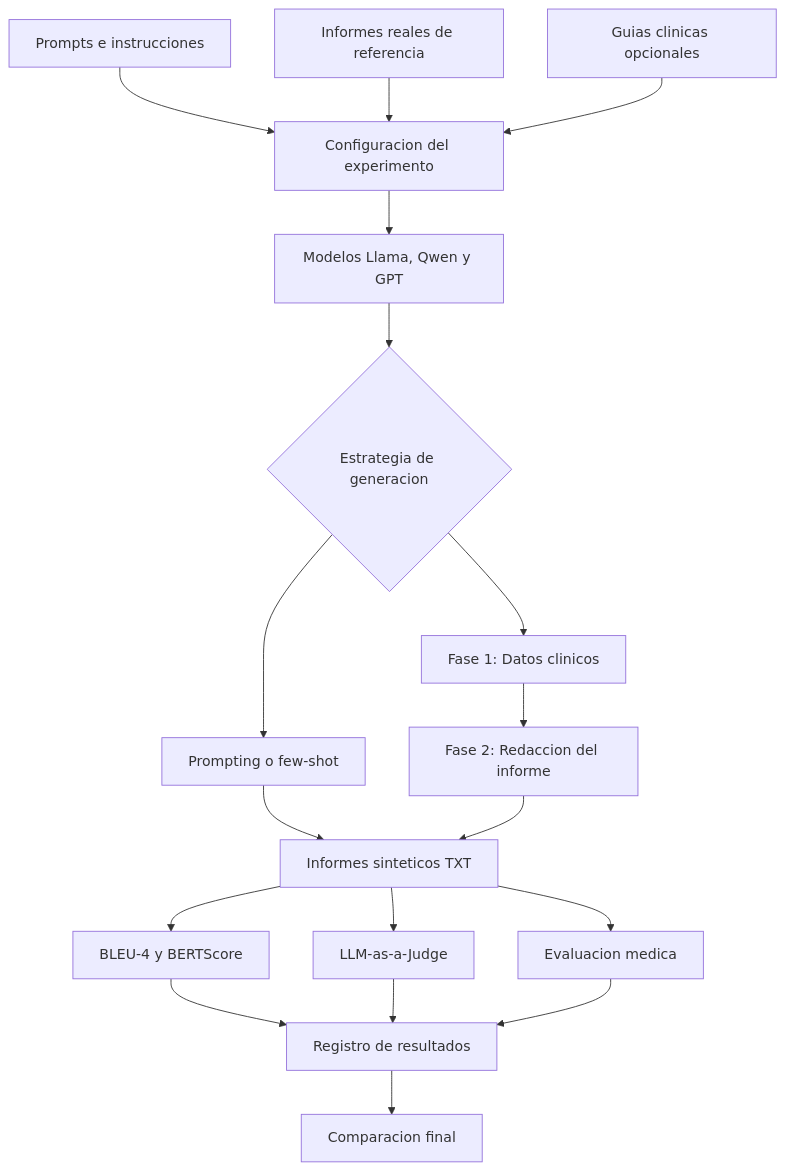
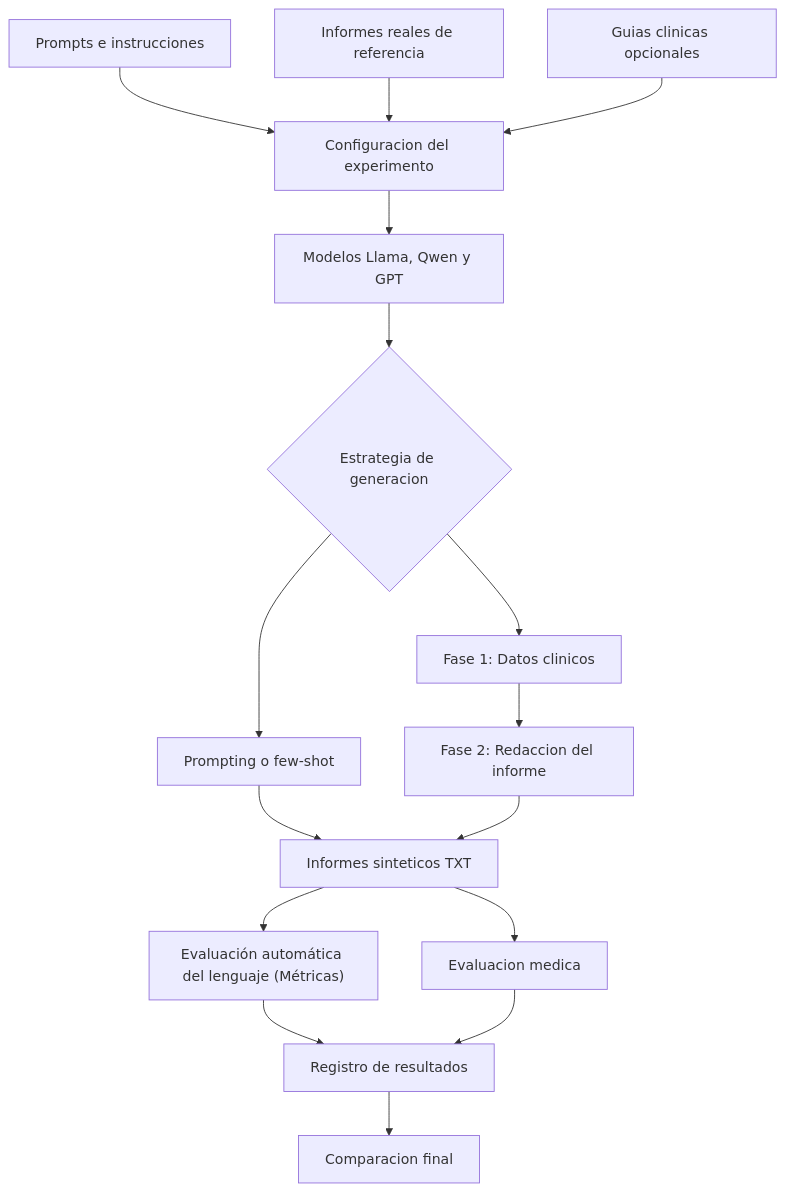
Before and after one commit to Pramm99/piia2-26: the diagram in entregas/cu-18-proyecto-informes/ARCHITECTURE.md, drawn with Mermaid.

````diff
--- a/entregas/cu-18-proyecto-informes/ARCHITECTURE.md
+++ b/entregas/cu-18-proyecto-informes/ARCHITECTURE.md
@@ -12,36 +12,33 @@
 ```mermaid
 flowchart TD
     A["Prompts e instrucciones"]
     B["Informes reales de referencia"]
     C["Guias clinicas opcionales"]
     D["Configuracion del experimento"]
     E["Modelos Llama, Qwen y GPT"]
     F{"Estrategia de generacion"}
     G["Prompting o few-shot"]
     H["Fase 1: Datos clinicos"]
     I["Fase 2: Redaccion del informe"]
     J["Informes sinteticos TXT"]
-    K["BLEU-4 y BERTScore"]
-    L["LLM-as-a-Judge"]
+    K["Evaluación automática del lenguaje (Métricas)"]
     M["Evaluacion medica"]
     N["Registro de resultados"]
     O["Comparacion final"]
 
     A --> D
     B --> D
     C --> D
     D --> E
     E --> F
     F --> G
     F --> H
     H --> I
     G --> J
     I --> J
     J --> K
-    J --> L
     J --> M
     K --> N
-    L --> N
     M --> N
     N --> O
 ```
````
